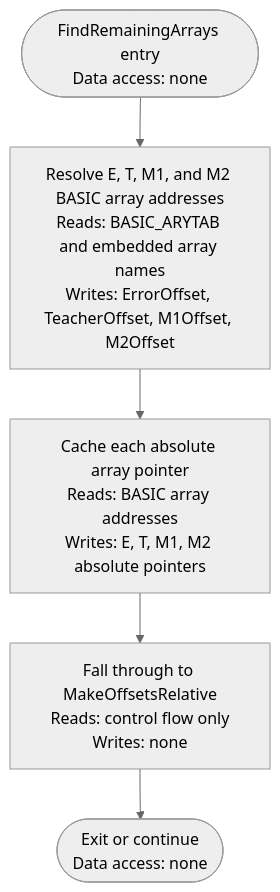
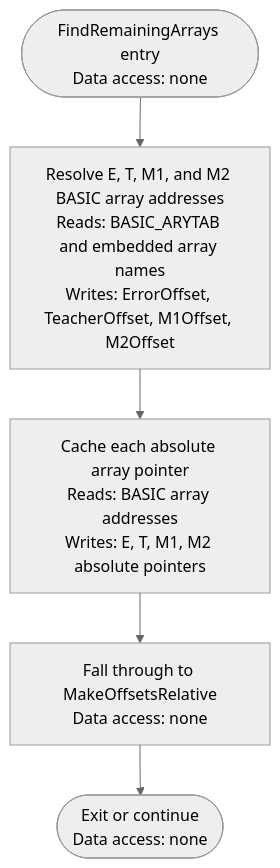
Before and after one commit to sharpninja/NeuralNetworks: diagram 17 of 51 in docs/Diagrams/BP-ML-Activity-Diagrams.md, drawn with Mermaid (neutral theme). The commit also changed other lines of this file and 10 other files, not shown here.

````diff
--- a/docs/Diagrams/BP-ML-Activity-Diagrams.md
+++ b/docs/Diagrams/BP-ML-Activity-Diagrams.md
@@ -428,7 +469,7 @@
 ```mermaid
 flowchart TD
     A(["FindRemainingArrays entry<br/>Data access: none"]) --> B["Resolve E, T, M1, and M2 BASIC array addresses<br/>Reads: BASIC_ARYTAB and embedded array names<br/>Writes: ErrorOffset, TeacherOffset, M1Offset, M2Offset"]
     B --> C["Cache each absolute array pointer<br/>Reads: BASIC array addresses<br/>Writes: E, T, M1, M2 absolute pointers"]
-    C --> D["Fall through to MakeOffsetsRelative<br/>Reads: control flow only<br/>Writes: none"]
+    C --> D["Fall through to MakeOffsetsRelative<br/>Data access: none"]
     D --> Z(["Exit or continue<br/>Data access: none"])
 ```
````
